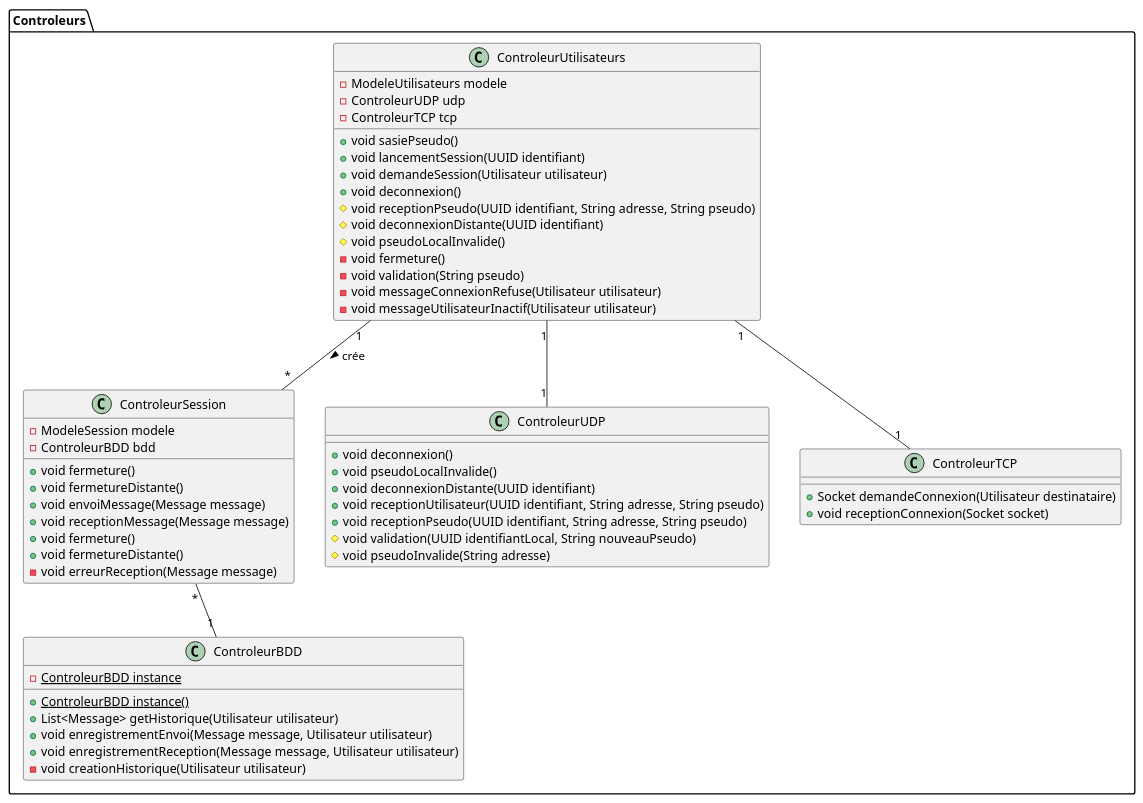
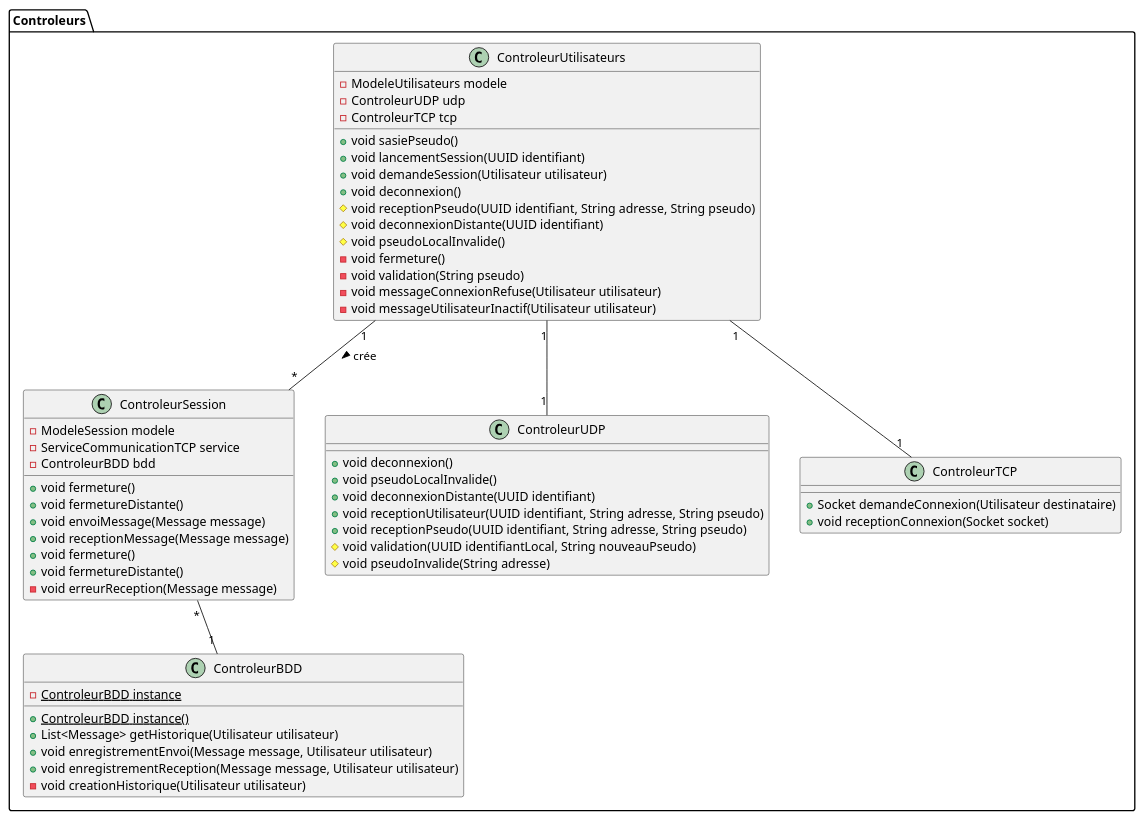
The diagram in classe/controleurs.wsd (arc-hugo/clavardage_uml), drawn with PlantUML before and after one commit. The commit also changed 1 other file, not shown here.

```diff
--- a/classe/controleurs.wsd
+++ b/classe/controleurs.wsd
@@ -1,58 +1,59 @@
 @startuml controleurs
 package "Controleurs" {    
     class ControleurUtilisateurs {        
         - ModeleUtilisateurs modele
         - ControleurUDP udp
         - ControleurTCP tcp
         + void sasiePseudo()
         + void lancementSession(UUID identifiant)
         + void demandeSession(Utilisateur utilisateur)
         + void deconnexion()
         # void receptionPseudo(UUID identifiant, String adresse, String pseudo)
         # void deconnexionDistante(UUID identifiant)
         # void pseudoLocalInvalide()
         - void fermeture()
         - void validation(String pseudo)
         - void messageConnexionRefuse(Utilisateur utilisateur)        
         - void messageUtilisateurInactif(Utilisateur utilisateur)    
     }    
     class ControleurSession {        
         - ModeleSession modele
+        - ServiceCommunicationTCP service
         - ControleurBDD bdd
         + void fermeture()
         + void fermetureDistante()
         + void envoiMessage(Message message)
         + void receptionMessage(Message message)
         + void fermeture()
         + void fermetureDistante()
         - void erreurReception(Message message)    
     }    
     class ControleurUDP {
         + void deconnexion()
         + void pseudoLocalInvalide()
         + void deconnexionDistante(UUID identifiant)
         + void receptionUtilisateur(UUID identifiant, String adresse, String pseudo)
         + void receptionPseudo(UUID identifiant, String adresse, String pseudo)
         # void validation(UUID identifiantLocal, String nouveauPseudo)
         # void pseudoInvalide(String adresse)
     }    
     class ControleurTCP {        
         + Socket demandeConnexion(Utilisateur destinataire)
         + void receptionConnexion(Socket socket)
     }
     class ControleurBDD {
         - {static} ControleurBDD instance
         + {static} ControleurBDD instance()
         + List<Message> getHistorique(Utilisateur utilisateur)
         + void enregistrementEnvoi(Message message, Utilisateur utilisateur)        
         + void enregistrementReception(Message message, Utilisateur utilisateur)
         - void creationHistorique(Utilisateur utilisateur)
     }
 
     ControleurUtilisateurs "1" -- "1" ControleurUDP
     ControleurUtilisateurs "1" -- "1" ControleurTCP
     ControleurUtilisateurs "1" -- "*" ControleurSession : crée >
 
     ControleurSession "*" -- "1" ControleurBDD
 }
 @enduml
```
